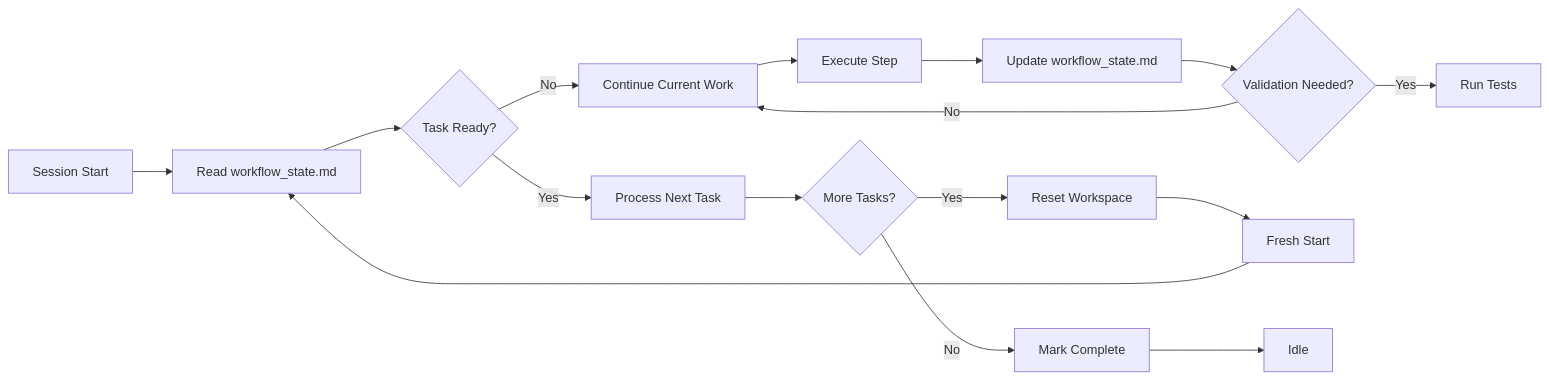
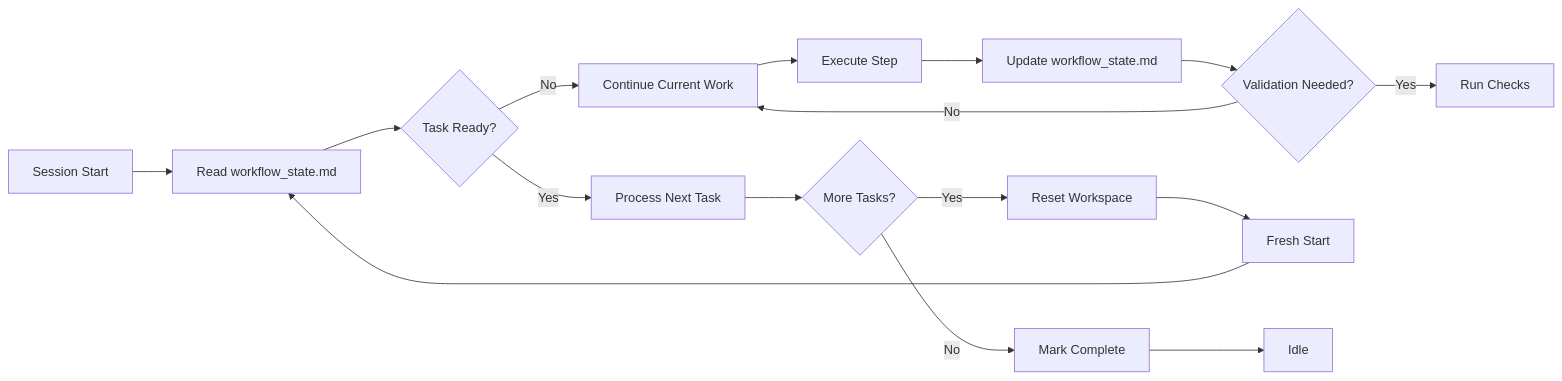
The diagram in README.md (kleosr/cursorkleosr), drawn with Mermaid before and after one commit. The commit also changed other lines of this file and 5 other files, not shown here.

````diff
--- a/README.md
+++ b/README.md
@@ -66,18 +67,18 @@
 ```mermaid
 graph LR
     S[Session Start] --> A[Read workflow_state.md];
     A --> B{Task Ready?};
     B -- Yes --> C[Process Next Task];
     B -- No --> D[Continue Current Work];
     D --> E[Execute Step];
     E --> F[Update workflow_state.md];
     F --> G{Validation Needed?};
-    G -- Yes --> H[Run Tests];
+    G -- Yes --> H[Run Checks];
     G -- No --> D;
     C --> I{More Tasks?};
     I -- Yes --> J[Reset Workspace];
     J --> K[Fresh Start];
     K --> A;
     I -- No --> L[Mark Complete];
     L --> M[Idle];
 ```
````
